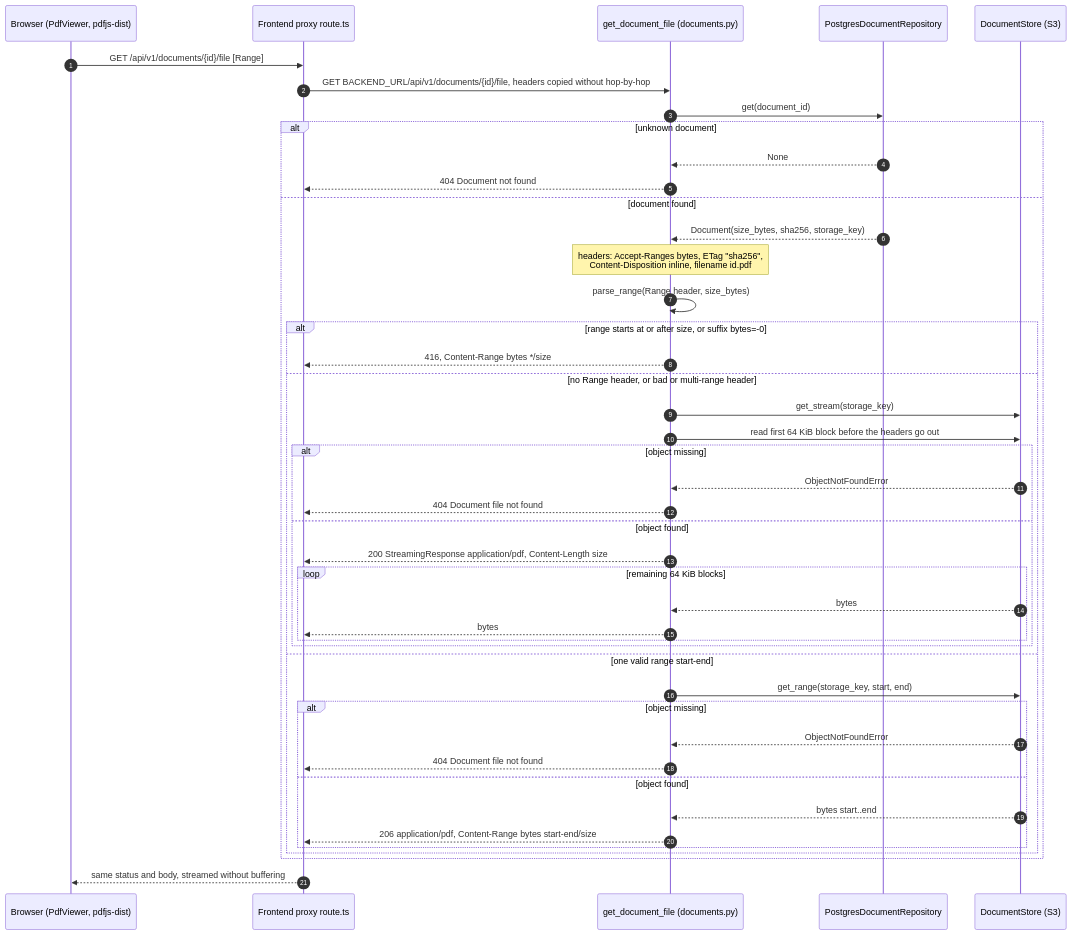
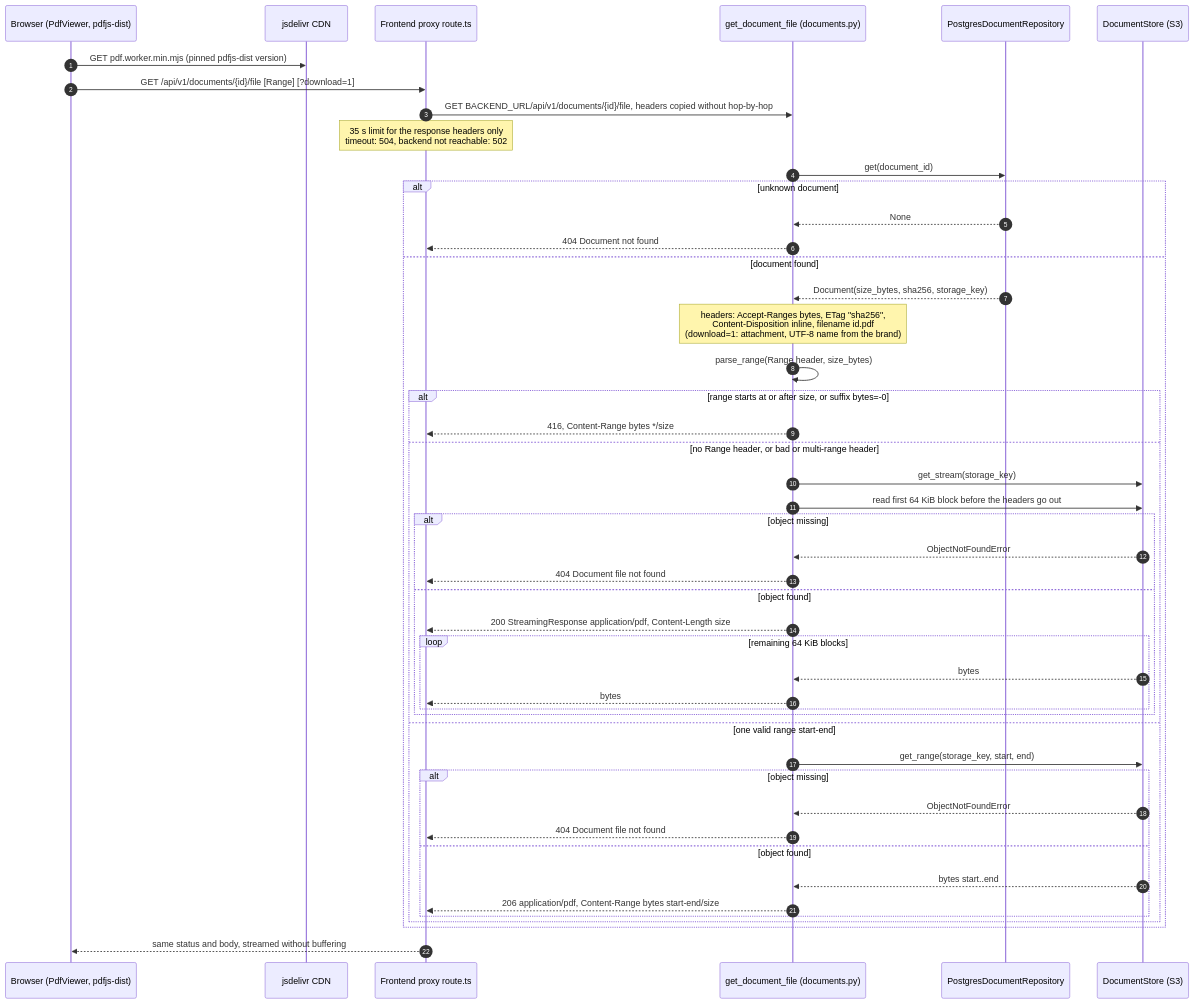
One commit to G-MAKROGLOU/docuchat changed the first of 2 diagrams in docs/diagrams/document-file.md. Above: the diagram before and after it, drawn with Mermaid. The commit also changed other lines of this file and 6 other files, not shown here.

Commit message:
docs: update the architecture diagrams to the current code

````diff
--- a/docs/diagrams/document-file.md
+++ b/docs/diagrams/document-file.md
@@ -5,47 +7,50 @@
 ```mermaid
 sequenceDiagram
     autonumber
     participant B as Browser (PdfViewer, pdfjs-dist)
+    participant CDN as jsdelivr CDN
     participant P as Frontend proxy route.ts
     participant R as get_document_file (documents.py)
     participant Repo as PostgresDocumentRepository
     participant S as DocumentStore (S3)
 
-    B->>P: GET /api/v1/documents/{id}/file [Range]
+    B->>CDN: GET pdf.worker.min.mjs (pinned pdfjs-dist version)
+    B->>P: GET /api/v1/documents/{id}/file [Range] [?download=1]
     P->>R: GET BACKEND_URL/api/v1/documents/{id}/file, headers copied without hop-by-hop
+    Note over P: 35 s limit for the response headers only<br/>timeout: 504, backend not reachable: 502
     R->>Repo: get(document_id)
     alt unknown document
         Repo-->>R: None
         R-->>P: 404 Document not found
     else document found
         Repo-->>R: Document(size_bytes, sha256, storage_key)
-        Note over R: headers: Accept-Ranges bytes, ETag "sha256",<br/>Content-Disposition inline, filename id.pdf
+        Note over R: headers: Accept-Ranges bytes, ETag "sha256",<br/>Content-Disposition inline, filename id.pdf<br/>(download=1: attachment, UTF-8 name from the brand)
         R->>R: parse_range(Range header, size_bytes)
         alt range starts at or after size, or suffix bytes=-0
             R-->>P: 416, Content-Range bytes */size
         else no Range header, or bad or multi-range header
             R->>S: get_stream(storage_key)
             R->>S: read first 64 KiB block before the headers go out
             alt object missing
                 S-->>R: ObjectNotFoundError
                 R-->>P: 404 Document file not found
             else object found
                 R-->>P: 200 StreamingResponse application/pdf, Content-Length size
                 loop remaining 64 KiB blocks
                     S-->>R: bytes
                     R-->>P: bytes
                 end
             end
         else one valid range start-end
             R->>S: get_range(storage_key, start, end)
             alt object missing
                 S-->>R: ObjectNotFoundError
                 R-->>P: 404 Document file not found
             else object found
                 S-->>R: bytes start..end
                 R-->>P: 206 application/pdf, Content-Range bytes start-end/size
             end
         end
     end
     P-->>B: same status and body, streamed without buffering
 ```
````
